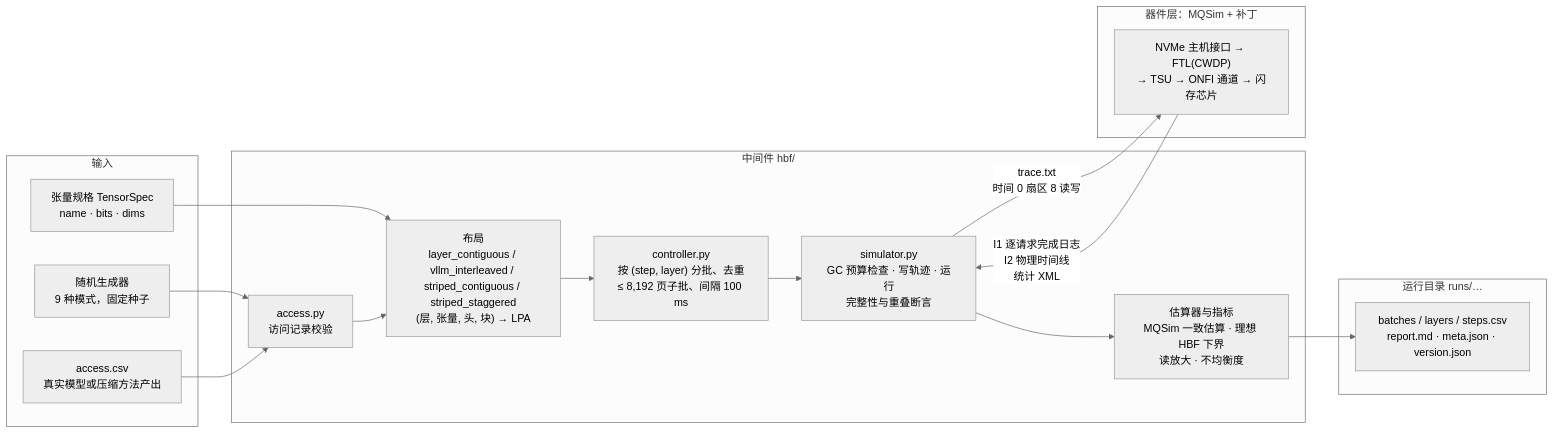
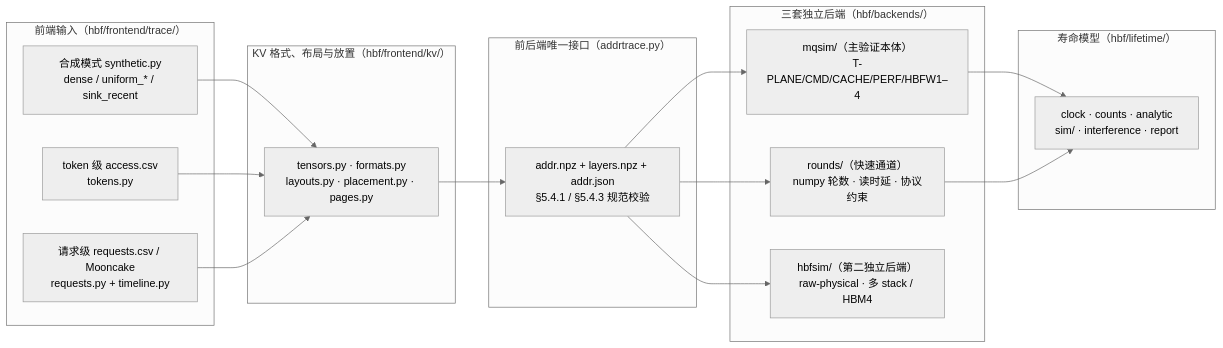
The diagram in README.md (sgkjr8kzbac/MQSim-HBF), drawn with Mermaid (neutral theme) before and after one commit. The commit also changed other lines of this file and 3 other files, not shown here.

````diff
--- a/README.md
+++ b/README.md
@@ -16,32 +100,30 @@
 ```mermaid
 flowchart LR
-    subgraph IN["输入"]
-        GEN["随机生成器<br/>9 种模式，固定种子"]
-        CSV["access.csv<br/>真实模型或压缩方法产出"]
-        TS["张量规格 TensorSpec<br/>name · bits · dims"]
+    subgraph IN["前端输入（hbf/frontend/trace/）"]
+        SYN["合成模式 synthetic.py<br/>dense / uniform_* / sink_recent"]
+        TOK["token 级 access.csv<br/>tokens.py"]
+        REQ["请求级 requests.csv / Mooncake<br/>requests.py + timeline.py"]
     end
 
-    subgraph MW["中间件 hbf/"]
-        ACC["access.py<br/>访问记录校验"]
-        LAY["布局<br/>layer_contiguous / vllm_interleaved / striped_contiguous / striped_staggered<br/>(层, 张量, 头, 块) → LPA"]
-        CTL["controller.py<br/>按 (step, layer) 分批、去重<br/>≤ 8,192 页子批、间隔 100 ms"]
-        SIM["simulator.py<br/>GC 预算检查 · 写轨迹 · 运行<br/>完整性与重叠断言"]
-        EST["估算器与指标<br/>MQSim 一致估算 · 理想 HBF 下界<br/>读放大 · 不均衡度"]
+    subgraph KV["KV 格式、布局与放置（hbf/frontend/kv/）"]
+        FMT["tensors.py · formats.py<br/>layouts.py · placement.py · pages.py"]
     end
 
-    subgraph DEV["器件层：MQSim + 补丁"]
-        MQ["NVMe 主机接口 → FTL(CWDP)<br/>→ TSU → ONFI 通道 → 闪存芯片"]
+    subgraph IF["前后端唯一接口（addrtrace.py）"]
+        AT["addr.npz + layers.npz + addr.json<br/>§5.4.1 / §5.4.3 规范校验"]
     end
 
-    subgraph OUT["运行目录 runs/…"]
-        RES["batches / layers / steps.csv<br/>report.md · meta.json · version.json"]
+    subgraph BE["三套独立后端（hbf/backends/）"]
+        MQ["mqsim/（主验证本体）<br/>T-PLANE/CMD/CACHE/PERF/HBFW1–4"]
+        RD["rounds/（快速通道）<br/>numpy 轮数 · 读时延 · 协议约束"]
+        HS["hbfsim/（第二独立后端）<br/>raw-physical · 多 stack / HBM4"]
     end
 
-    GEN --> ACC
-    CSV --> ACC
-    TS --> LAY
-    ACC --> LAY --> CTL --> SIM
-    SIM -- "trace.txt<br/>时间 0 扇区 8 读写" --> MQ
-    MQ -- "I1 逐请求完成日志<br/>I2 物理时间线<br/>统计 XML" --> SIM
-    SIM --> EST --> RES
+    subgraph LIFE["寿命模型（hbf/lifetime/）"]
+        LT["clock · counts · analytic<br/>sim/ · interference · report"]
+    end
+
+    SYN & TOK & REQ --> FMT --> AT
+    AT --> MQ & RD & HS
+    MQ & RD --> LT
 ```
````
